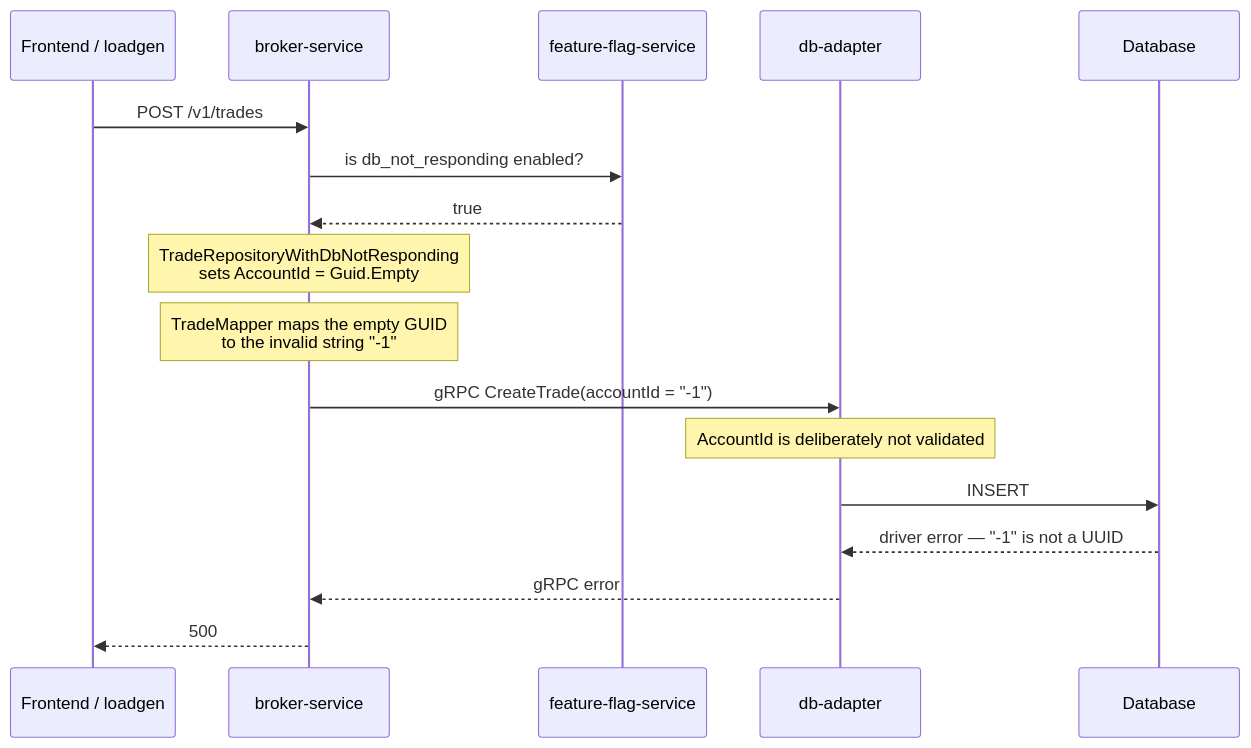
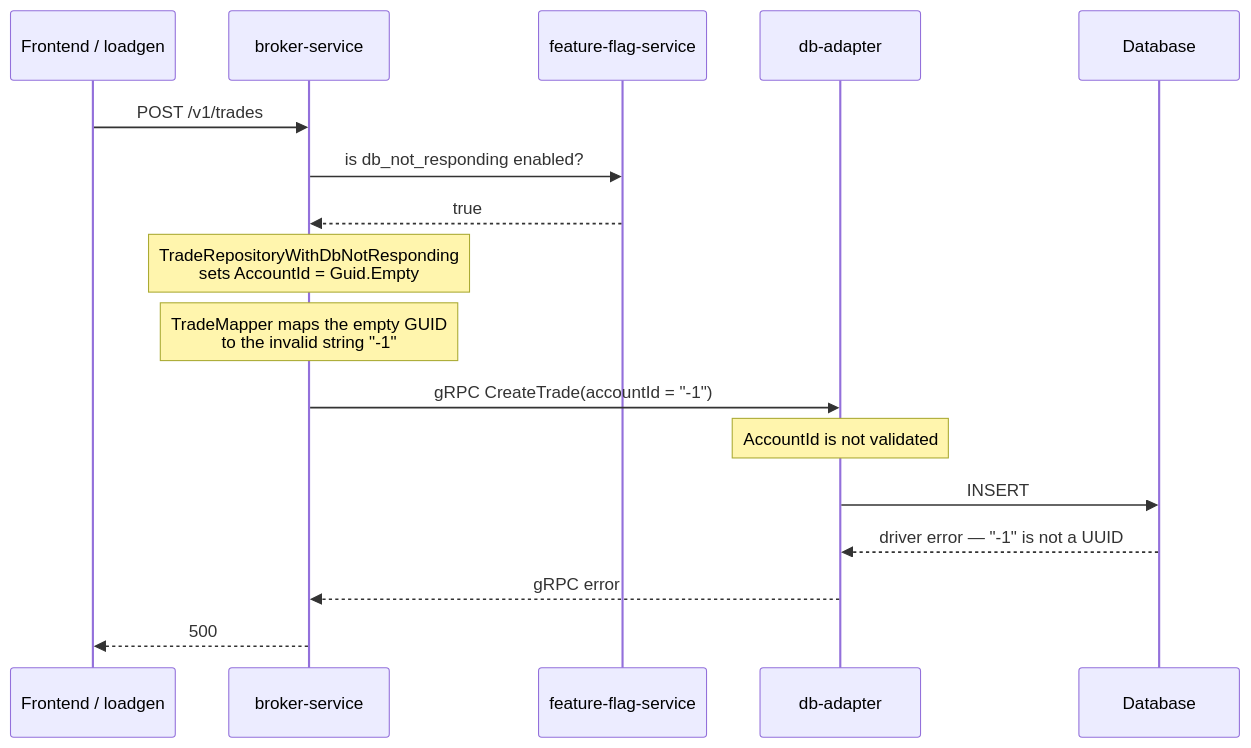
One commit to Dynatrace/easytrade changed the diagram in docs/problem-patterns/db-not-responding.md. Above: the diagram before and after it, drawn with Mermaid. The commit also changed other lines of this file and 14 other files, not shown here.

````diff
--- a/docs/problem-patterns/db-not-responding.md
+++ b/docs/problem-patterns/db-not-responding.md
@@ -18,20 +18,20 @@
 ```mermaid
 sequenceDiagram
     participant U as Frontend / loadgen
     participant B as broker-service
     participant F as feature-flag-service
     participant A as db-adapter
     participant D as Database
 
     U->>B: POST /v1/trades
     B->>F: is db_not_responding enabled?
     F-->>B: true
     Note over B: TradeRepositoryWithDbNotResponding<br/>sets AccountId = Guid.Empty
     Note over B: TradeMapper maps the empty GUID<br/>to the invalid string "-1"
     B->>A: gRPC CreateTrade(accountId = "-1")
-    Note over A: AccountId is deliberately not validated
+    Note over A: AccountId is not validated
     A->>D: INSERT
     D-->>A: driver error — "-1" is not a UUID
     A-->>B: gRPC error
     B-->>U: 500
 ```
````
